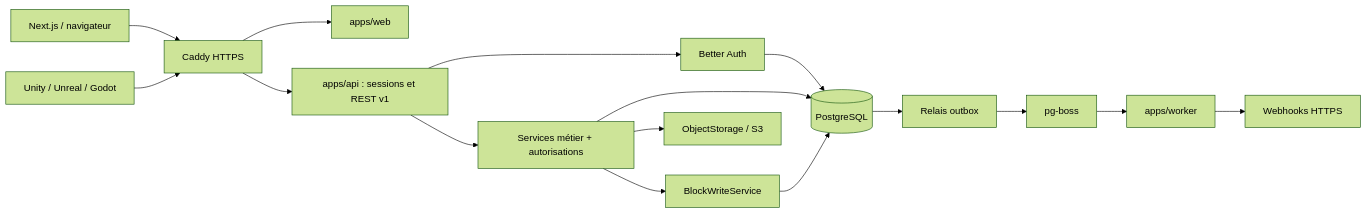
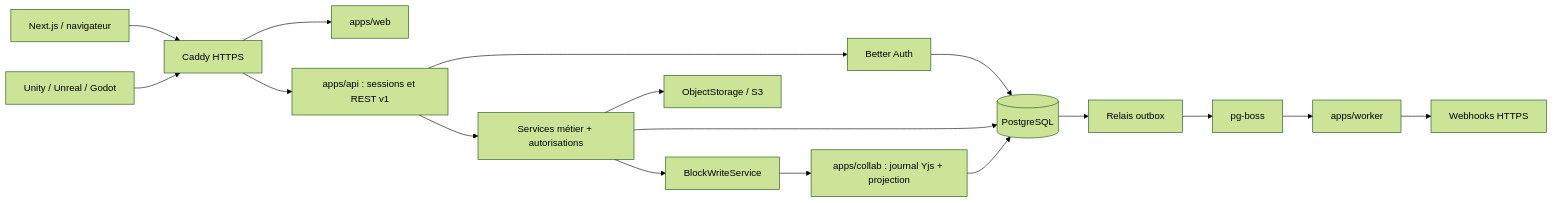
The first of 2 diagrams in ARCHITECTURE.md (FoxTimew/Memoria), drawn with Mermaid (forest theme) before and after one commit. The commit also changed other lines of this file and 19 other files, not shown here.

````diff
--- a/ARCHITECTURE.md
+++ b/ARCHITECTURE.md
@@ -35,18 +35,19 @@
 ```mermaid
 flowchart LR
   Browser[Next.js / navigateur] --> Caddy[Caddy HTTPS]
   Engine[Unity / Unreal / Godot] --> Caddy
   Caddy --> Web[apps/web]
   Caddy --> API[apps/api : sessions et REST v1]
   API --> Auth[Better Auth]
   API --> Services[Services métier + autorisations]
   Services --> Writer[BlockWriteService]
   Auth --> PG[(PostgreSQL)]
   Services --> PG
-  Writer --> PG
+  Writer --> Collab[apps/collab : journal Yjs + projection]
+  Collab --> PG
   PG --> Relay[Relais outbox]
   Relay --> Boss[pg-boss]
   Boss --> Worker[apps/worker]
   Worker --> Hooks[Webhooks HTTPS]
   Services --> Storage[ObjectStorage / S3]
 ```
````
